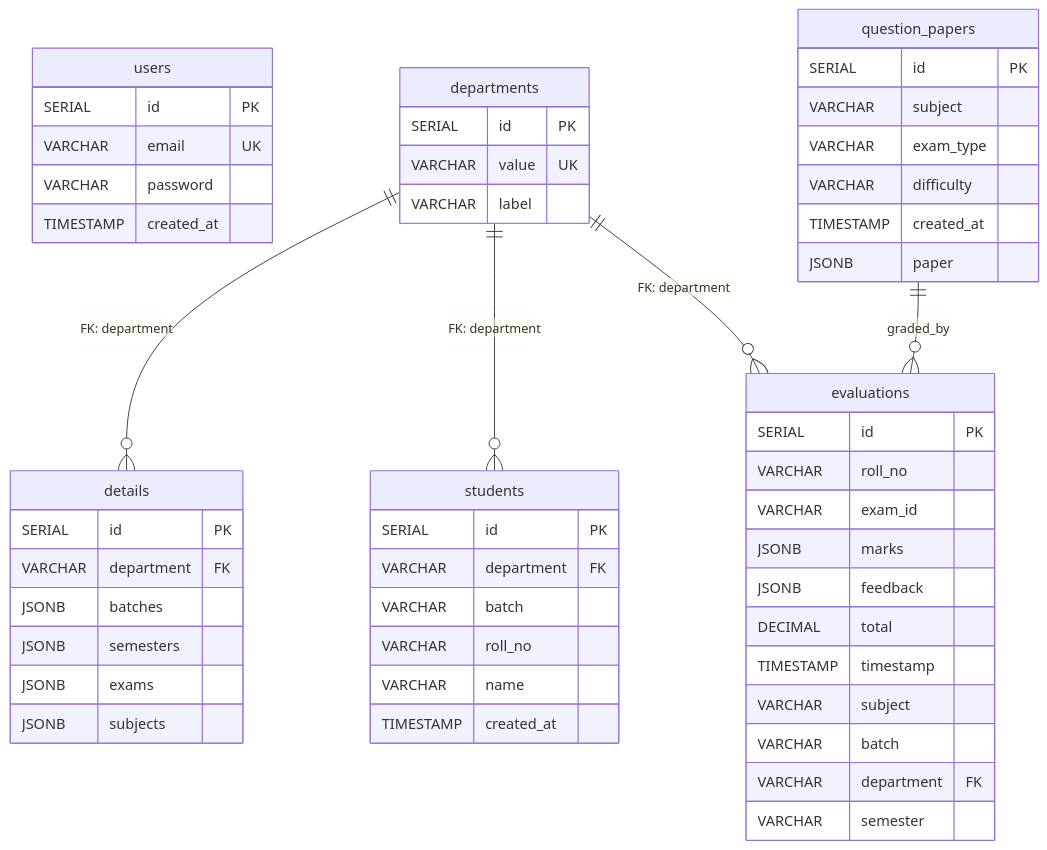
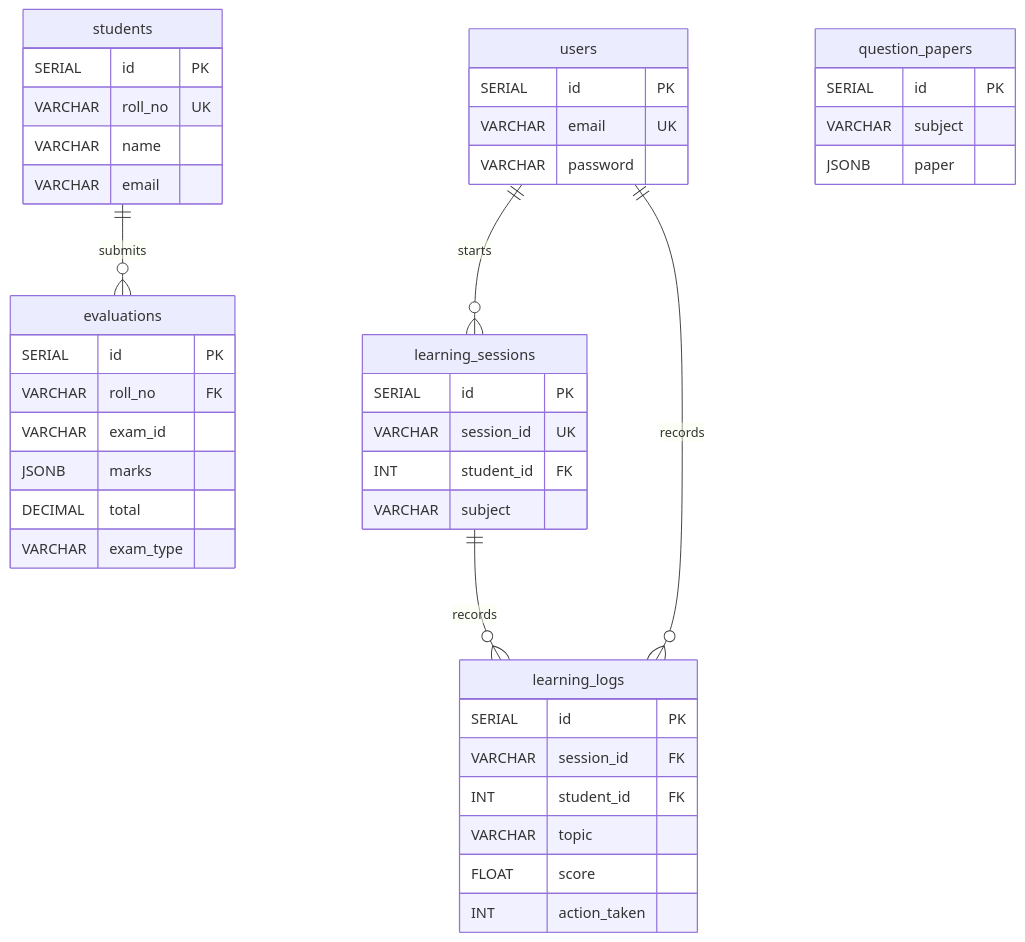
Before and after one commit to Edric2412/Q-A: the second of 2 diagrams in README.md, drawn with Mermaid. The commit also changed other lines of this file and 40 other files, not shown here.

````diff
--- a/README.md
+++ b/README.md
@@ -337,55 +366,46 @@
 ```mermaid
 erDiagram
     users {
         SERIAL id PK
         VARCHAR email UK
         VARCHAR password
-        TIMESTAMP created_at
-    }
-    departments {
-        SERIAL id PK
-        VARCHAR value UK
-        VARCHAR label
-    }
-    details {
-        SERIAL id PK
-        VARCHAR department FK
-        JSONB batches
-        JSONB semesters
-        JSONB exams
-        JSONB subjects
     }
     students {
         SERIAL id PK
-        VARCHAR department FK
-        VARCHAR batch
-        VARCHAR roll_no
+        VARCHAR roll_no UK
         VARCHAR name
-        TIMESTAMP created_at
+        VARCHAR email
     }
     question_papers {
         SERIAL id PK
         VARCHAR subject
-        VARCHAR exam_type
-        VARCHAR difficulty
-        TIMESTAMP created_at
         JSONB paper
     }
     evaluations {
         SERIAL id PK
-        VARCHAR roll_no
+        VARCHAR roll_no FK
         VARCHAR exam_id
         JSONB marks
-        JSONB feedback
         DECIMAL total
-        TIMESTAMP timestamp
+        VARCHAR exam_type
+    }
+    learning_sessions {
+        SERIAL id PK
+        VARCHAR session_id UK
+        INT student_id FK
         VARCHAR subject
-        VARCHAR batch
-        VARCHAR department FK
-        VARCHAR semester
     }
-    departments ||--o{ details : "FK: department"
-    departments ||--o{ students : "FK: department"
-    departments ||--o{ evaluations : "FK: department"
-    question_papers ||--o{ evaluations : "graded_by"
+    learning_logs {
+        SERIAL id PK
+        VARCHAR session_id FK
+        INT student_id FK
+        VARCHAR topic
+        FLOAT score
+        INT action_taken
+    }
+
+    users ||--o{ learning_sessions : "starts"
+    learning_sessions ||--o{ learning_logs : "records"
+    users ||--o{ learning_logs : "records"
+    students ||--o{ evaluations : "submits"
 ```
````
